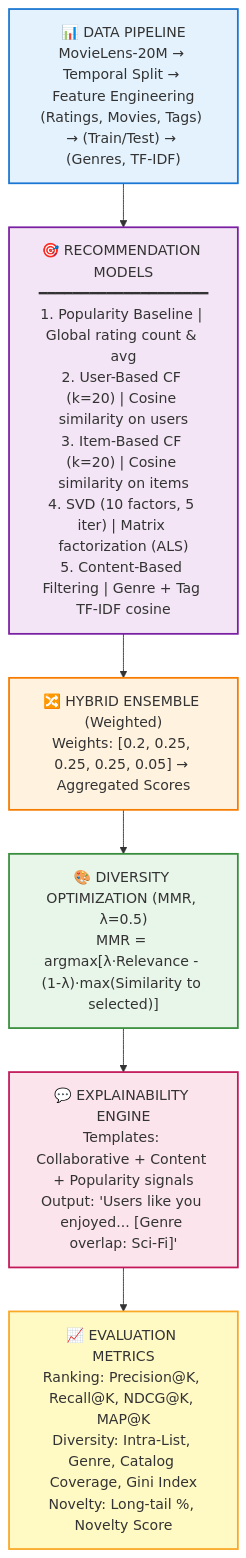
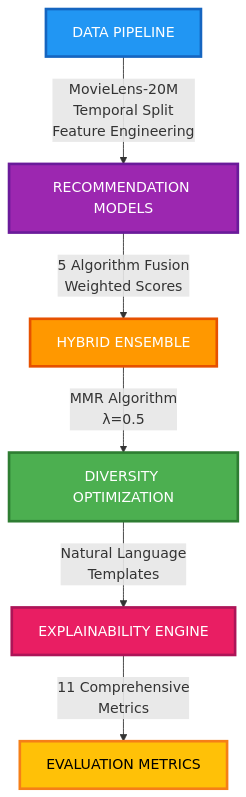
One commit to a-zax/monikabhati2005 changed the diagram in PS_1_ReelSense/README.md. Above: the diagram before and after it, drawn with Mermaid. The commit also changed other lines of this file and 13 other files, not shown here.

````diff
--- a/PS_1_ReelSense/README.md
+++ b/PS_1_ReelSense/README.md
@@ -21,21 +21,22 @@
 ```mermaid
-flowchart TD
-    A["📊 DATA PIPELINE<br/>MovieLens-20M → Temporal Split → Feature Engineering<br/>(Ratings, Movies, Tags) → (Train/Test) → (Genres, TF-IDF)"] --> B
+flowchart TB
+    A[DATA PIPELINE]
+    B[RECOMMENDATION MODELS]
+    C[HYBRID ENSEMBLE]
+    D[DIVERSITY OPTIMIZATION]
+    E[EXPLAINABILITY ENGINE]
+    F[EVALUATION METRICS]
     
-    B["🎯 RECOMMENDATION MODELS<br/>━━━━━━━━━━━━━━━━━━━━<br/>1. Popularity Baseline | Global rating count & avg<br/>2. User-Based CF (k=20) | Cosine similarity on users<br/>3. Item-Based CF (k=20) | Cosine similarity on items<br/>4. SVD (10 factors, 5 iter) | Matrix factorization (ALS)<br/>5. Content-Based Filtering | Genre + Tag TF-IDF cosine"] --> C
+    A -->|MovieLens-20M<br/>Temporal Split<br/>Feature Engineering| B
+    B -->|5 Algorithm Fusion<br/>Weighted Scores| C
+    C -->|MMR Algorithm<br/>λ=0.5| D
+    D -->|Natural Language<br/>Templates| E
+    E -->|11 Comprehensive<br/>Metrics| F
     
-    C["🔀 HYBRID ENSEMBLE (Weighted)<br/>Weights: [0.2, 0.25, 0.25, 0.25, 0.05] → Aggregated Scores"] --> D
-    
-    D["🎨 DIVERSITY OPTIMIZATION (MMR, λ=0.5)<br/>MMR = argmax[λ·Relevance - (1-λ)·max(Similarity to selected)]"] --> E
-    
-    E["💬 EXPLAINABILITY ENGINE<br/>Templates: Collaborative + Content + Popularity signals<br/>Output: 'Users like you enjoyed... [Genre overlap: Sci-Fi]'"] --> F
-    
-    F["📈 EVALUATION METRICS<br/>Ranking: Precision@K, Recall@K, NDCG@K, MAP@K<br/>Diversity: Intra-List, Genre, Catalog Coverage, Gini Index<br/>Novelty: Long-tail %, Novelty Score"]
-    
-    style A fill:#e3f2fd,stroke:#1976d2,stroke-width:2px
-    style B fill:#f3e5f5,stroke:#7b1fa2,stroke-width:2px
-    style C fill:#fff3e0,stroke:#f57c00,stroke-width:2px
-    style D fill:#e8f5e9,stroke:#388e3c,stroke-width:2px
-    style E fill:#fce4ec,stroke:#c2185b,stroke-width:2px
-    style F fill:#fff9c4,stroke:#f9a825,stroke-width:2px
+    style A fill:#2196F3,stroke:#1565C0,stroke-width:3px,color:#fff,font-size:16px
+    style B fill:#9C27B0,stroke:#6A1B9A,stroke-width:3px,color:#fff,font-size:16px
+    style C fill:#FF9800,stroke:#E65100,stroke-width:3px,color:#fff,font-size:16px
+    style D fill:#4CAF50,stroke:#2E7D32,stroke-width:3px,color:#fff,font-size:16px
+    style E fill:#E91E63,stroke:#AD1457,stroke-width:3px,color:#fff,font-size:16px
+    style F fill:#FFC107,stroke:#F57F17,stroke-width:3px,color:#000,font-size:16px
 ```
````
